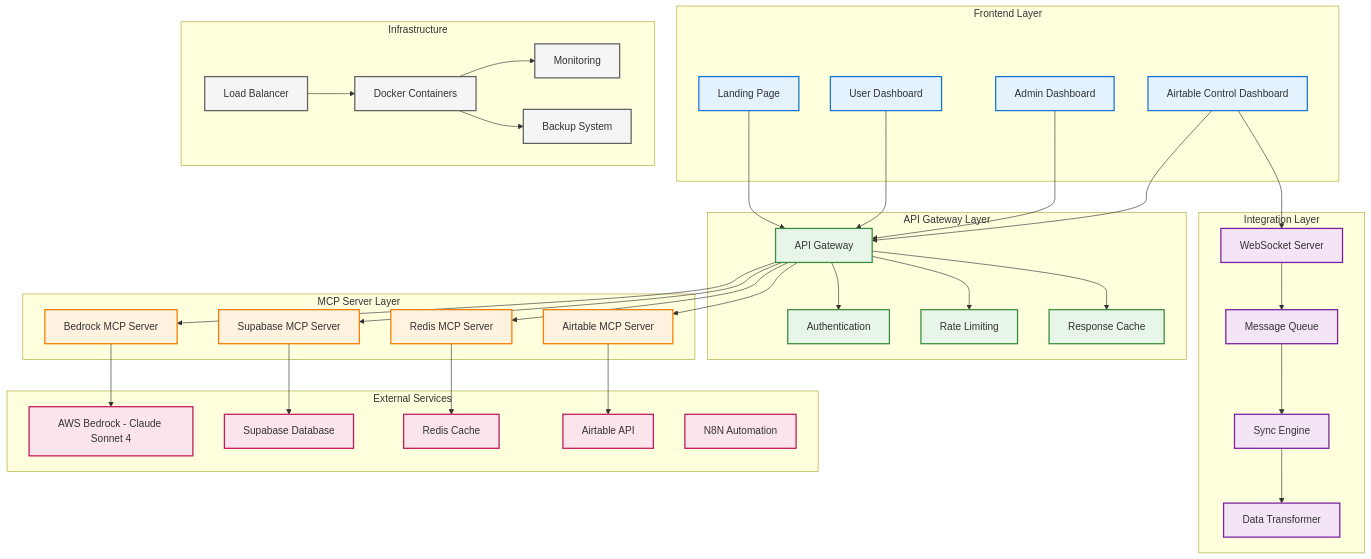
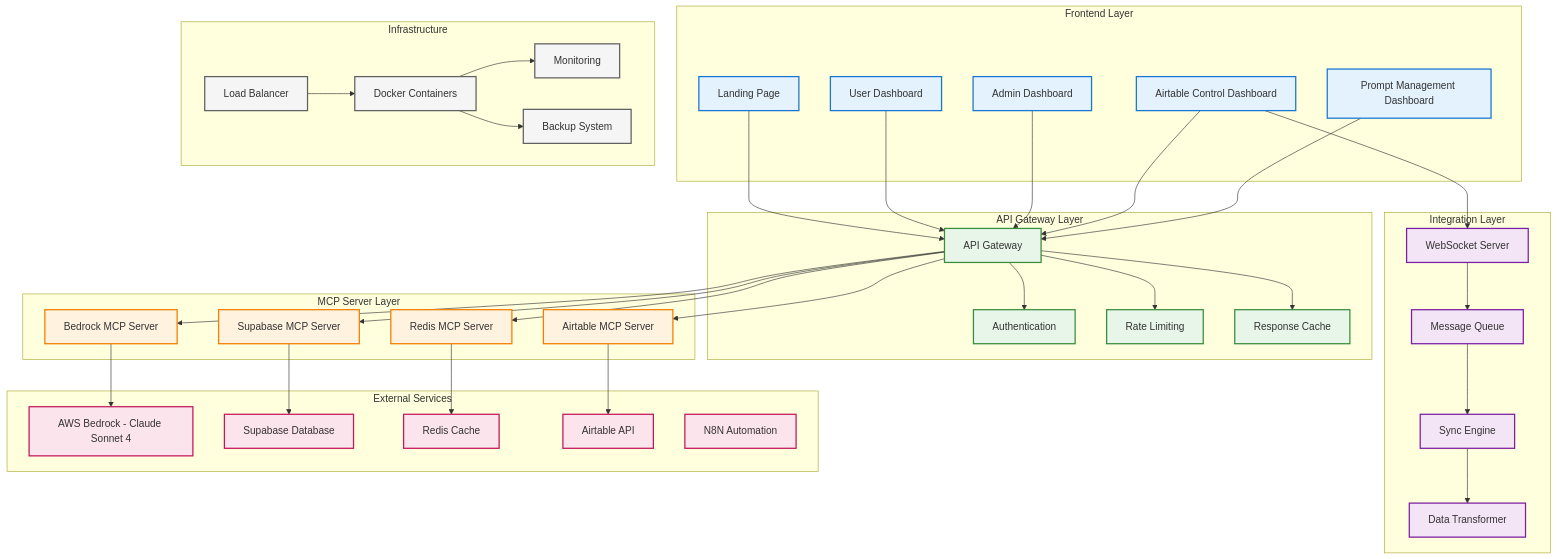
Before and after one commit to howaiconnects/howaiconnects-sme: the diagram in DigitalOcean-mcp-servers-project/COMPLETE_PROJECT_OVERVIEW.md, drawn with Mermaid. The commit also changed other lines of this file and 2 other files, not shown here.

```diff
--- a/DigitalOcean-mcp-servers-project/COMPLETE_PROJECT_OVERVIEW.md
+++ b/DigitalOcean-mcp-servers-project/COMPLETE_PROJECT_OVERVIEW.md
@@ -13,6 +13,7 @@
         UD[User Dashboard]
         AD[Admin Dashboard]
         ACD[Airtable Control Dashboard]
+        PMD[Prompt Management Dashboard]
     end
 
     subgraph "API Gateway Layer"
@@ -56,6 +57,7 @@
     UD --> AG
     AD --> AG
     ACD --> AG
+    PMD --> AG
     ACD --> WS
 
     AG --> Auth
@@ -88,7 +90,7 @@
     classDef external fill:#fce4ec,stroke:#c2185b,stroke-width:2px
     classDef infra fill:#f5f5f5,stroke:#616161,stroke-width:2px
 
-    class LP,UD,AD,ACD frontend
+    class LP,UD,AD,ACD,PMD frontend
     class AG,Auth,RL,Cache api
     class BS,SS,RS,AS mcp
     class WS,Queue,Sync,Transform integration
```
